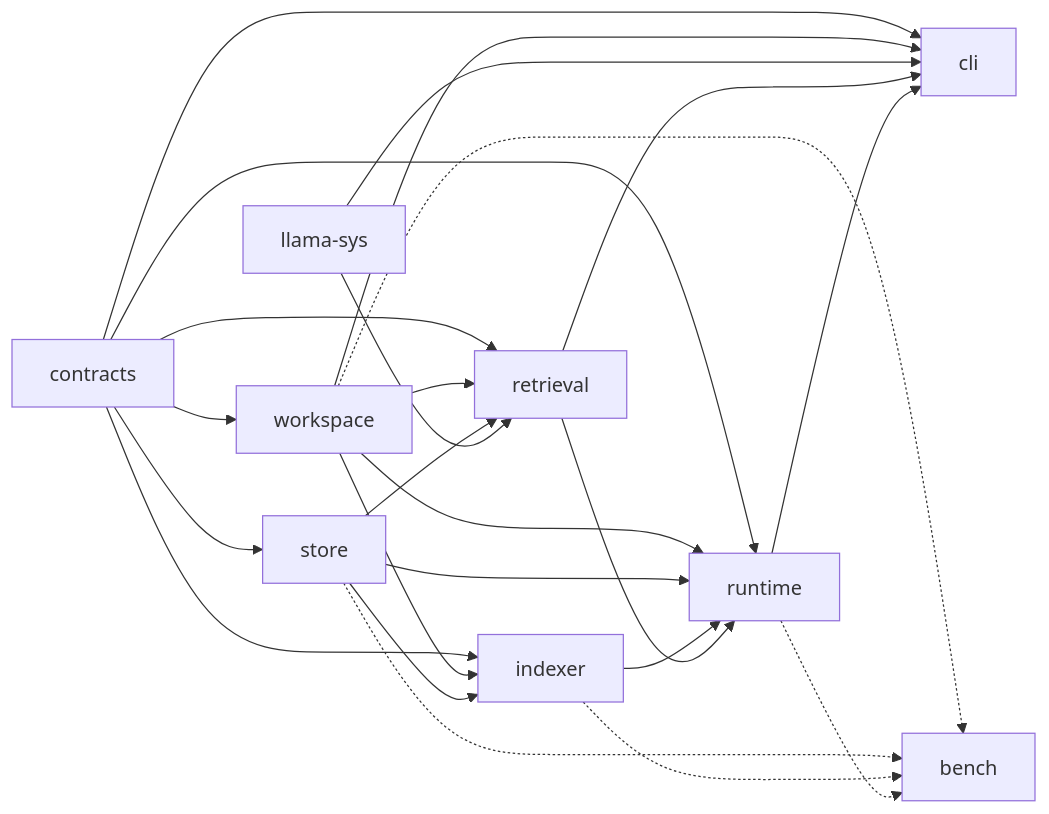
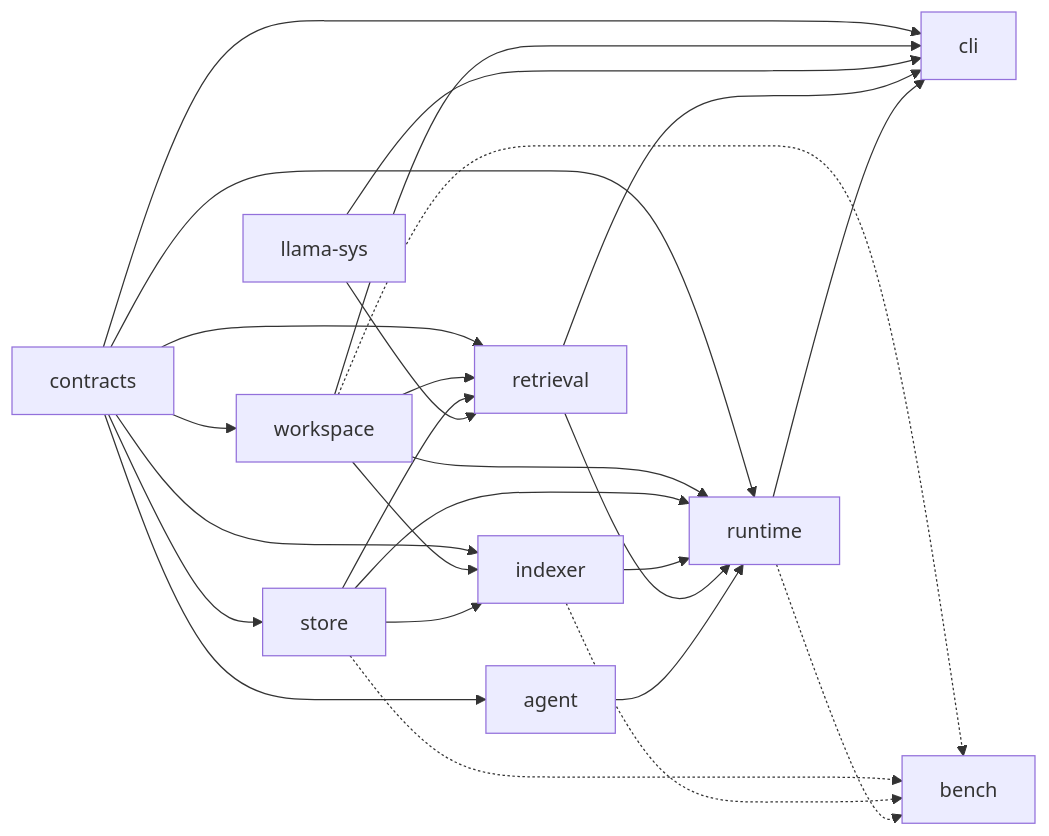
The third of 3 diagrams in docs/architecture/overview.md (TheGreenCedar/CodeStory), drawn with Mermaid before and after one commit. The commit also changed other lines of this file and 26 other files, not shown here.

````diff
--- a/docs/architecture/overview.md
+++ b/docs/architecture/overview.md
@@ -88,36 +88,39 @@
 ```mermaid
 flowchart LR
     Contracts["contracts"]
     Workspace["workspace"]
     Store["store"]
     Indexer["indexer"]
     Llama["llama-sys"]
     Retrieval["retrieval"]
+    Agent["agent"]
     Runtime["runtime"]
     CLI["cli"]
     Bench["bench"]
 
     Contracts --> Workspace
     Contracts --> Store
     Contracts --> Indexer
     Contracts --> Retrieval
+    Contracts --> Agent
     Contracts --> Runtime
     Contracts --> CLI
     Workspace --> Indexer
     Workspace --> Retrieval
     Workspace --> Runtime
     Workspace --> CLI
     Store --> Indexer
     Store --> Retrieval
     Store --> Runtime
     Llama --> Retrieval
     Llama --> CLI
     Indexer --> Runtime
     Retrieval --> Runtime
+    Agent --> Runtime
     Retrieval --> CLI
     Runtime --> CLI
     Workspace -.-> Bench
     Store -.-> Bench
     Indexer -.-> Bench
     Runtime -.-> Bench
 ```
````
